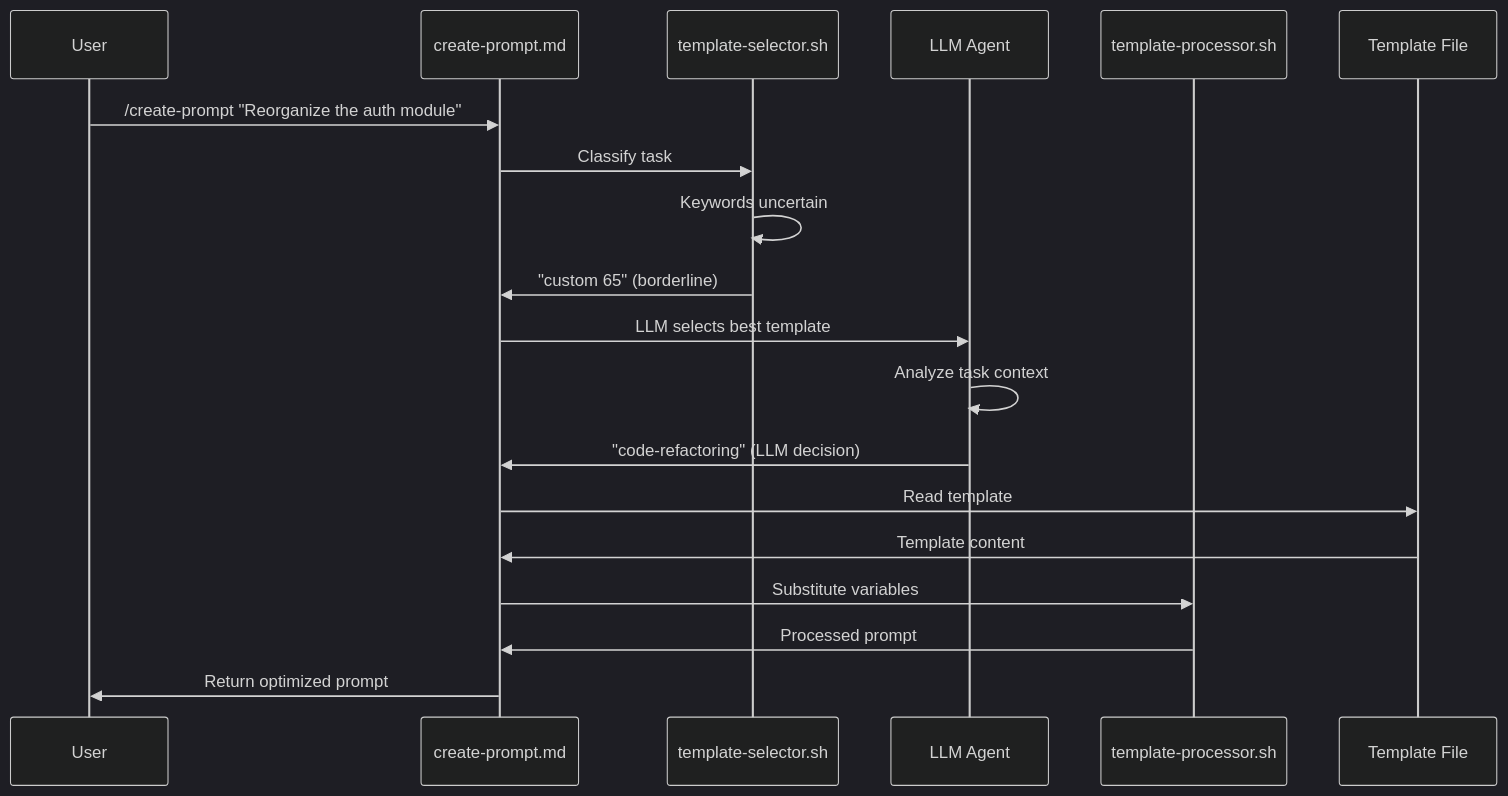
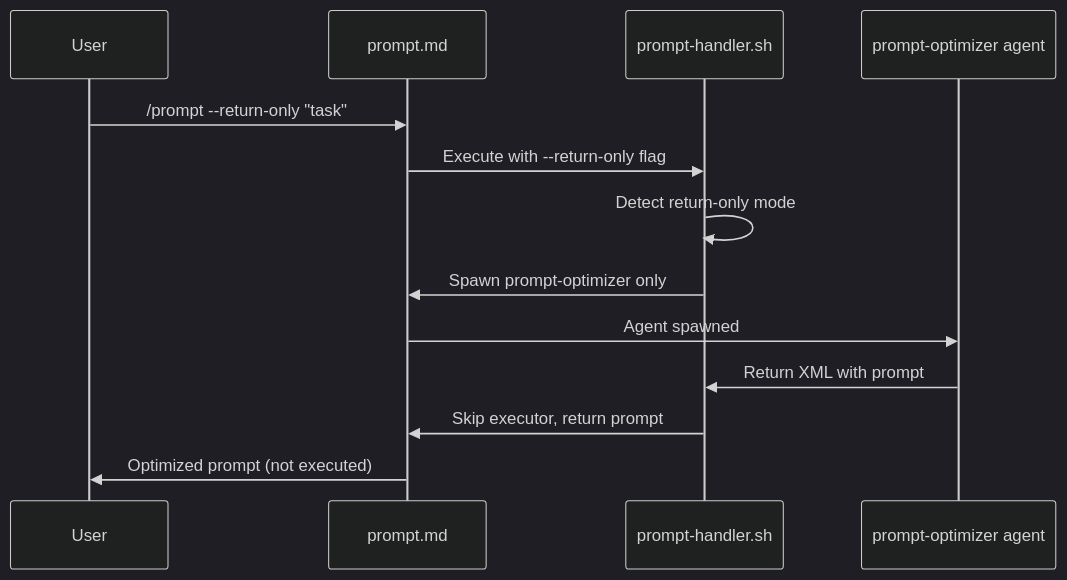
The fourth of 5 diagrams in meta-prompt/docs/architecture-overview.md (jtsylve/claude-experiments), drawn with Mermaid (dark theme) before and after one commit. The commit also changed other lines of this file and 32 other files, not shown here.

First line of the commit message:
Refactor to state machine architecture with specialized agents

````diff
--- a/meta-prompt/docs/architecture-overview.md
+++ b/meta-prompt/docs/architecture-overview.md
@@ -336,22 +355,16 @@
 ```mermaid
 sequenceDiagram
     participant User
-    participant CreatePromptMD as create-prompt.md
-    participant Selector as template-selector.sh
-    participant Agent as LLM Agent
-    participant Processor as template-processor.sh
-    participant Template as Template File
+    participant PromptMD as prompt.md
+    participant Handler as prompt-handler.sh
+    participant Optimizer as prompt-optimizer agent
 
-    User->>CreatePromptMD: /create-prompt "Reorganize the auth module"
-    CreatePromptMD->>Selector: Classify task
-    Selector->>Selector: Keywords uncertain
-    Selector->>CreatePromptMD: "custom 65" (borderline)
-    CreatePromptMD->>Agent: LLM selects best template
-    Agent->>Agent: Analyze task context
-    Agent->>CreatePromptMD: "code-refactoring" (LLM decision)
-    CreatePromptMD->>Template: Read template
-    Template->>CreatePromptMD: Template content
-    CreatePromptMD->>Processor: Substitute variables
-    Processor->>CreatePromptMD: Processed prompt
-    CreatePromptMD->>User: Return optimized prompt
+    User->>PromptMD: /prompt --return-only "task"
+    PromptMD->>Handler: Execute with --return-only flag
+    Handler->>Handler: Detect return-only mode
+    Handler->>PromptMD: Spawn prompt-optimizer only
+    PromptMD->>Optimizer: Agent spawned
+    Optimizer->>Handler: Return XML with prompt
+    Handler->>PromptMD: Skip executor, return prompt
+    PromptMD->>User: Optimized prompt (not executed)
 ```
````
